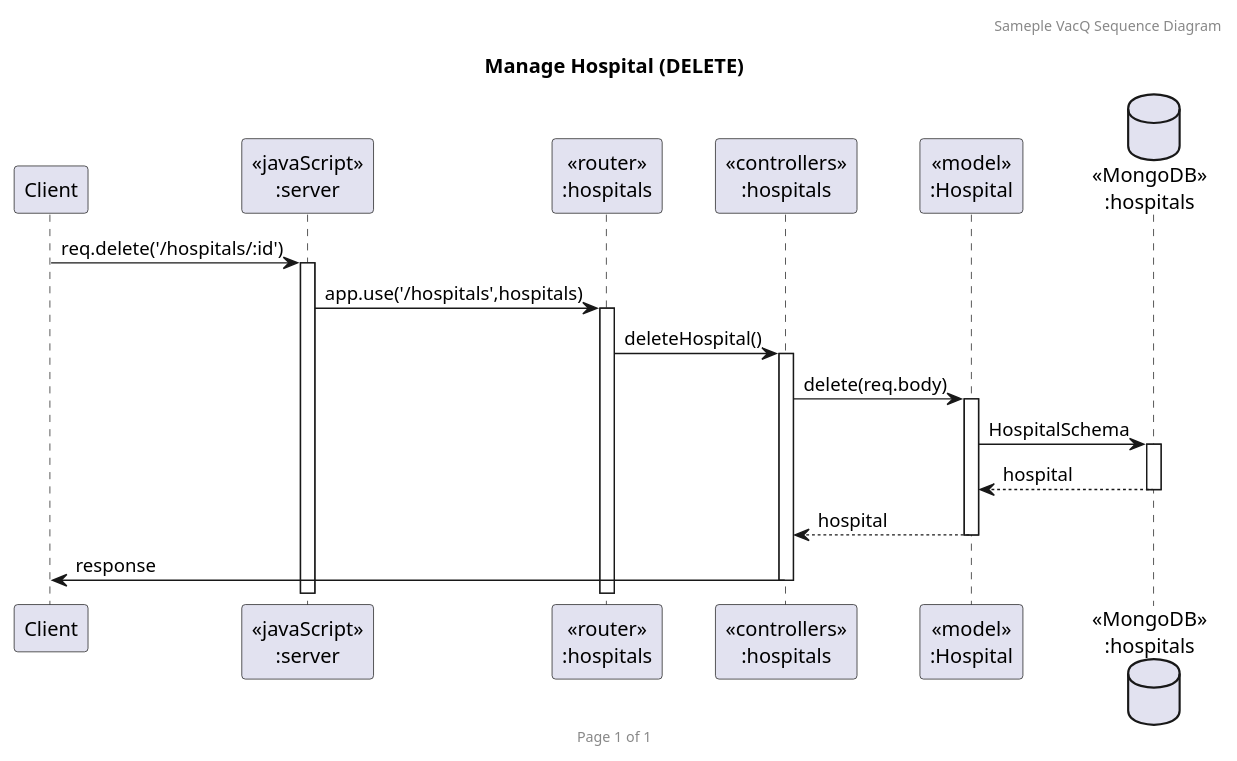
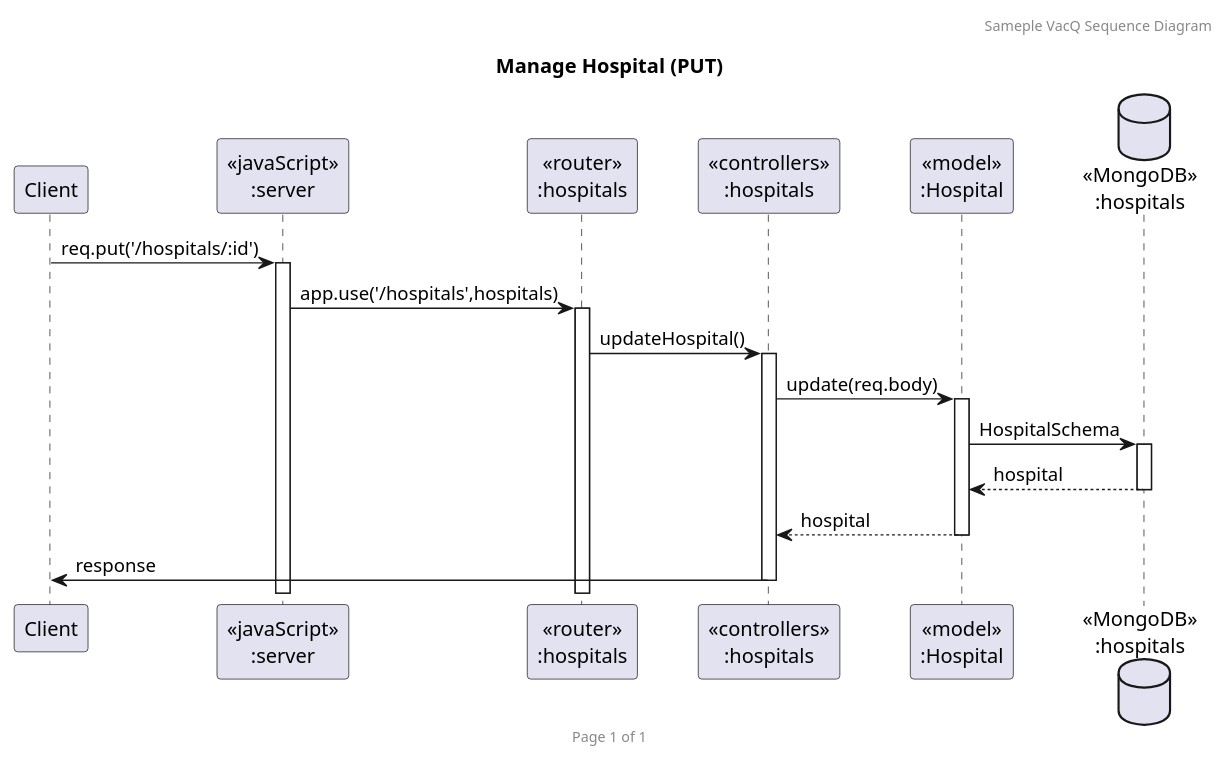
One commit to Shiorashi/RestaurantReservation changed the diagram in VacQSequence.puml. Above: the diagram before and after it, drawn with PlantUML. The commit also changed other lines of this file and 8 other files, not shown here.

```diff
--- a/VacQSequence.puml
+++ b/VacQSequence.puml
@@ -1,23 +1,23 @@
-@startuml Manage Hospital (DELETE)
+@startuml Manage Hospital (PUT)
 
 header Sameple VacQ Sequence Diagram
 footer Page %page% of %lastpage%
-title "Manage Hospital (DELETE)"
+title "Manage Hospital (PUT)"
 
 participant "Client" as client
 participant "<<javaScript>>\n:server" as server
 participant "<<router>>\n:hospitals" as routerHospitals
 participant "<<controllers>>\n:hospitals" as controllersHospitals
 participant "<<model>>\n:Hospital" as modelHospital
 database "<<MongoDB>>\n:hospitals" as HospitalsDatabase
 
-client->server ++:req.delete('/hospitals/:id')
+client->server ++:req.put('/hospitals/:id')
 server->routerHospitals ++:app.use('/hospitals',hospitals)
-routerHospitals -> controllersHospitals ++:deleteHospital()
-controllersHospitals->modelHospital ++:delete(req.body)
+routerHospitals -> controllersHospitals ++:updateHospital()
+controllersHospitals->modelHospital ++:update(req.body)
 modelHospital ->HospitalsDatabase ++: HospitalSchema
 HospitalsDatabase --> modelHospital --: hospital
 controllersHospitals <-- modelHospital --:hospital
 controllersHospitals->client --:response
 
 @enduml
```
